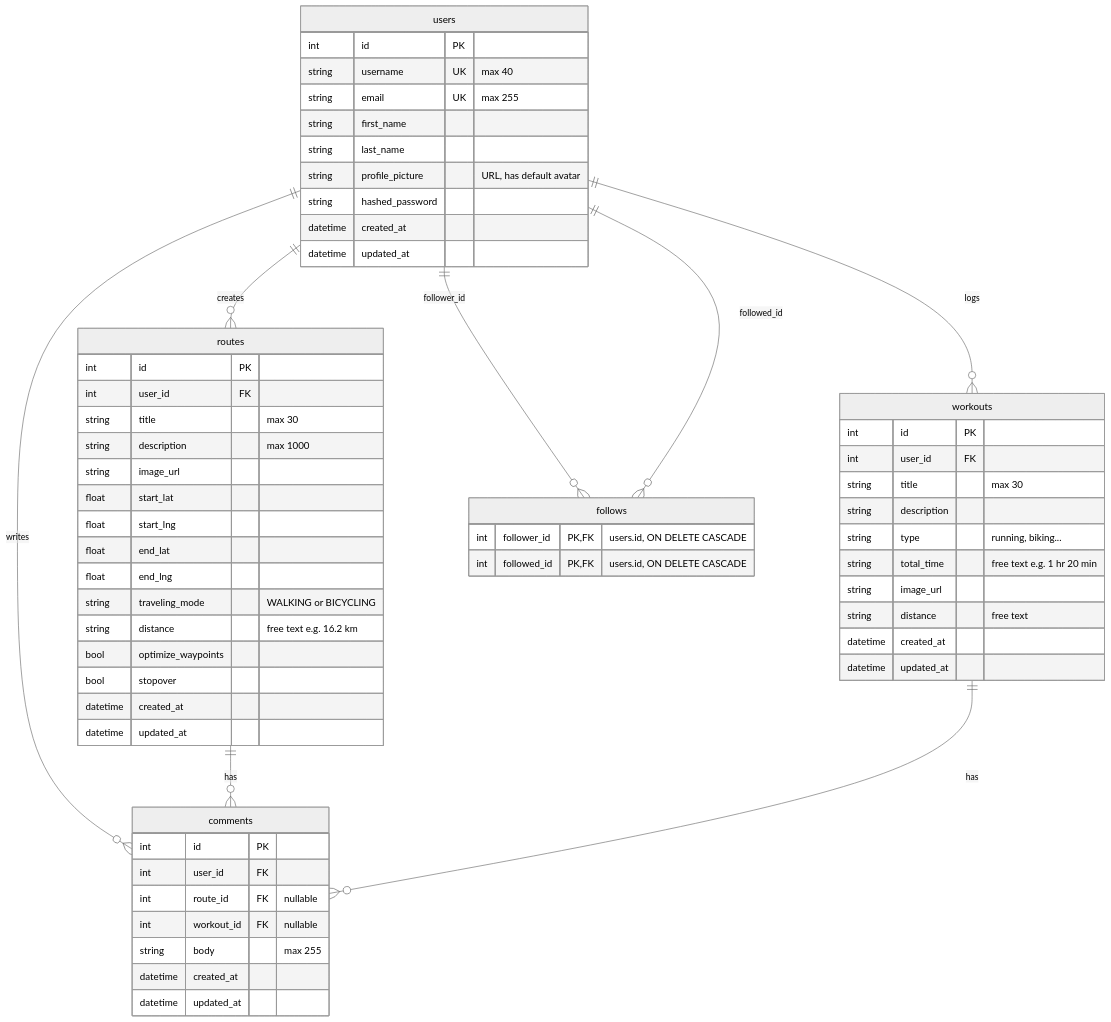
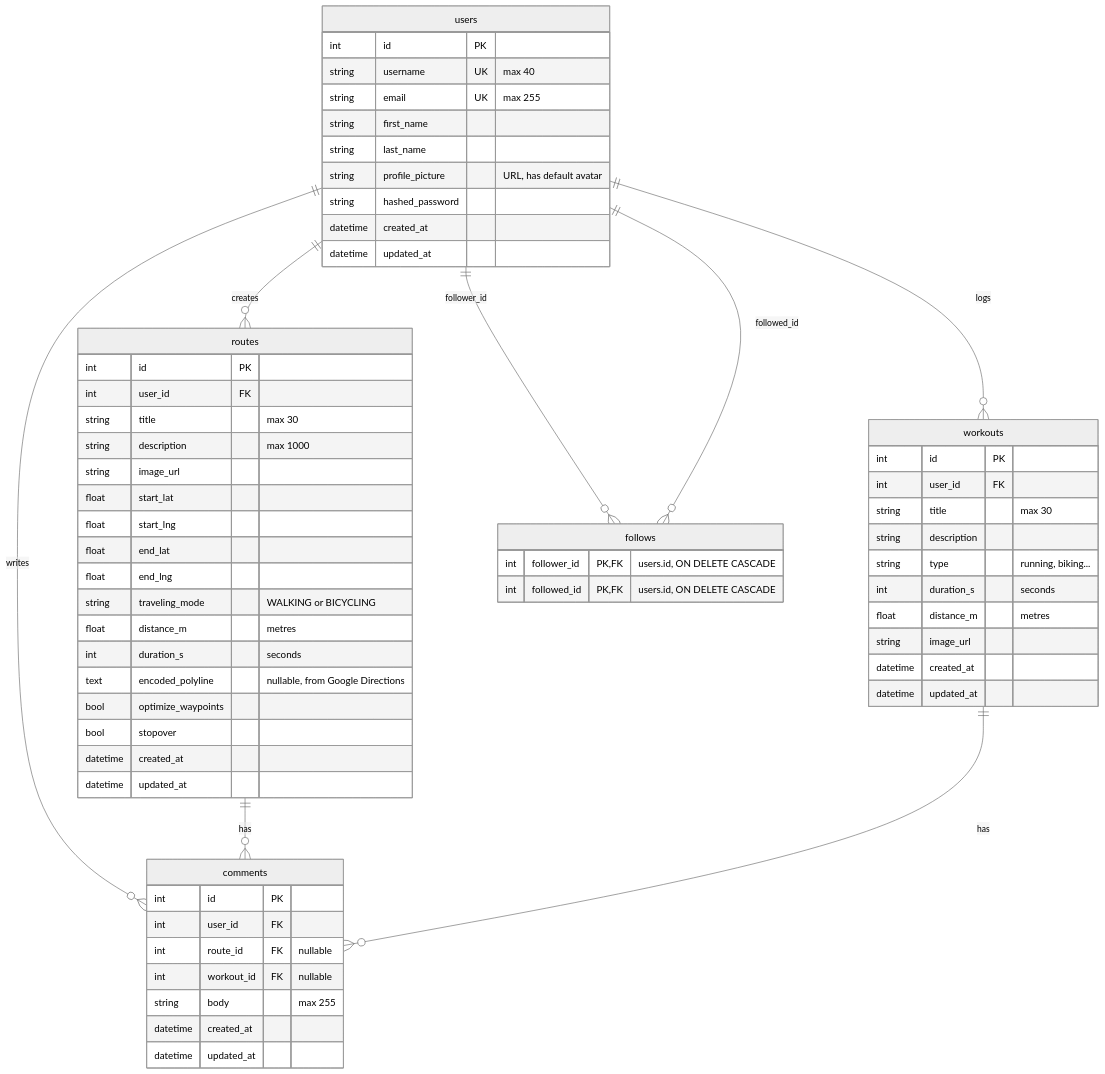
Before and after one commit to tyler-tor/Aktiv: the second of 4 diagrams in docs/WALKTHROUGH.md, drawn with Mermaid (neutral theme). The commit also changed other lines of this file and 1 other file, not shown here.

````diff
--- a/docs/WALKTHROUGH.md
+++ b/docs/WALKTHROUGH.md
@@ -212,64 +231,66 @@
 ```mermaid
 erDiagram
     users ||--o{ routes : "creates"
     users ||--o{ workouts : "logs"
     users ||--o{ comments : "writes"
     routes ||--o{ comments : "has"
     workouts ||--o{ comments : "has"
     users ||--o{ follows : "follower_id"
     users ||--o{ follows : "followed_id"
 
     users {
         int id PK
         string username UK "max 40"
         string email UK "max 255"
         string first_name
         string last_name
         string profile_picture "URL, has default avatar"
         string hashed_password
         datetime created_at
         datetime updated_at
     }
     follows {
         int follower_id PK,FK "users.id, ON DELETE CASCADE"
         int followed_id PK,FK "users.id, ON DELETE CASCADE"
     }
     routes {
         int id PK
         int user_id FK
         string title "max 30"
         string description "max 1000"
         string image_url
         float start_lat
         float start_lng
         float end_lat
         float end_lng
         string traveling_mode "WALKING or BICYCLING"
-        string distance "free text e.g. 16.2 km"
+        float distance_m "metres"
+        int duration_s "seconds"
+        text encoded_polyline "nullable, from Google Directions"
         bool optimize_waypoints
         bool stopover
         datetime created_at
         datetime updated_at
     }
     workouts {
         int id PK
         int user_id FK
         string title "max 30"
         string description
         string type "running, biking..."
-        string total_time "free text e.g. 1 hr 20 min"
+        int duration_s "seconds"
+        float distance_m "metres"
         string image_url
-        string distance "free text"
         datetime created_at
         datetime updated_at
     }
     comments {
         int id PK
         int user_id FK
         int route_id FK "nullable"
         int workout_id FK "nullable"
         string body "max 255"
         datetime created_at
         datetime updated_at
     }
 ```
````
